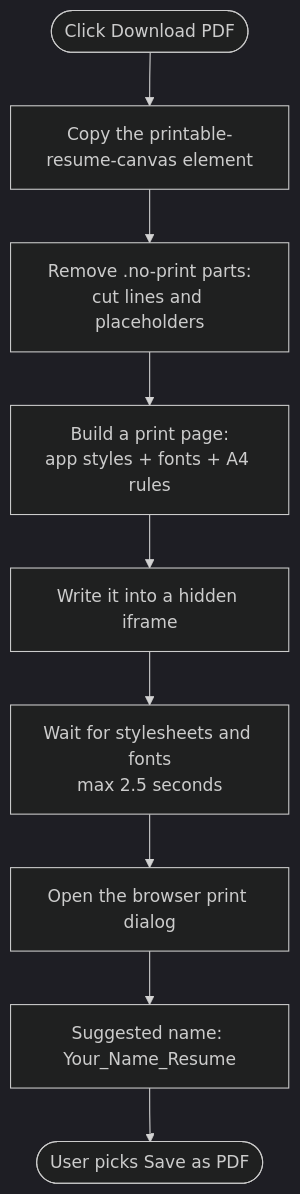
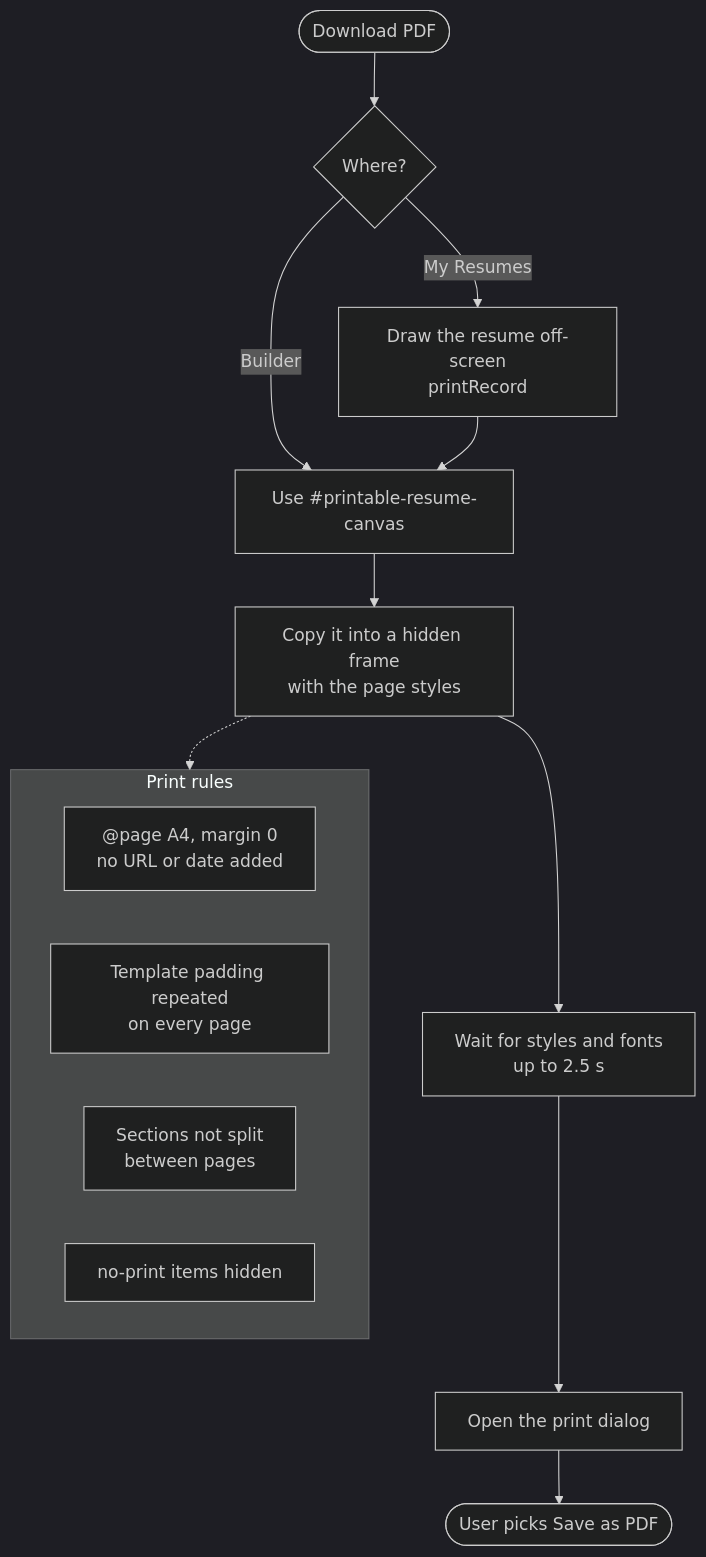
Before and after one commit to silent-coder-dev/ai-resume-builder: diagram 19 of 30 in doc/04-FLOWCHARTS.md, drawn with Mermaid (dark theme). The commit also changed other lines of this file and 122 other files, not shown here.

````diff
--- a/doc/04-FLOWCHARTS.md
+++ b/doc/04-FLOWCHARTS.md
@@ -383,11 +470,18 @@
 ```mermaid
 flowchart TD
-    A(["Click Download PDF"]) --> B["Copy the printable-resume-canvas element"]
-    B --> C["Remove .no-print parts:<br/>cut lines and placeholders"]
-    C --> D["Build a print page:<br/>app styles + fonts + A4 rules"]
-    D --> E["Write it into a hidden iframe"]
-    E --> F["Wait for stylesheets and fonts<br/>max 2.5 seconds"]
-    F --> G["Open the browser print dialog"]
-    G --> H["Suggested name: Your_Name_Resume"]
-    H --> I(["User picks Save as PDF"])
+    A(["Download PDF"]) --> W{"Where?"}
+    W -->|"Builder"| C["Use #printable-resume-canvas"]
+    W -->|"My Resumes"| R["Draw the resume off-screen<br/>printRecord"] --> C
+    C --> F["Copy it into a hidden frame<br/>with the page styles"]
+    F --> L["Wait for styles and fonts<br/>up to 2.5 s"]
+    L --> P["Open the print dialog"]
+    P --> S(["User picks Save as PDF"])
+
+    subgraph Rules["Print rules"]
+        R1["@page A4, margin 0<br/>no URL or date added"]
+        R2["Template padding repeated<br/>on every page"]
+        R3["Sections not split<br/>between pages"]
+        R4["no-print items hidden"]
+    end
+    F -.-> Rules
 ```
````
